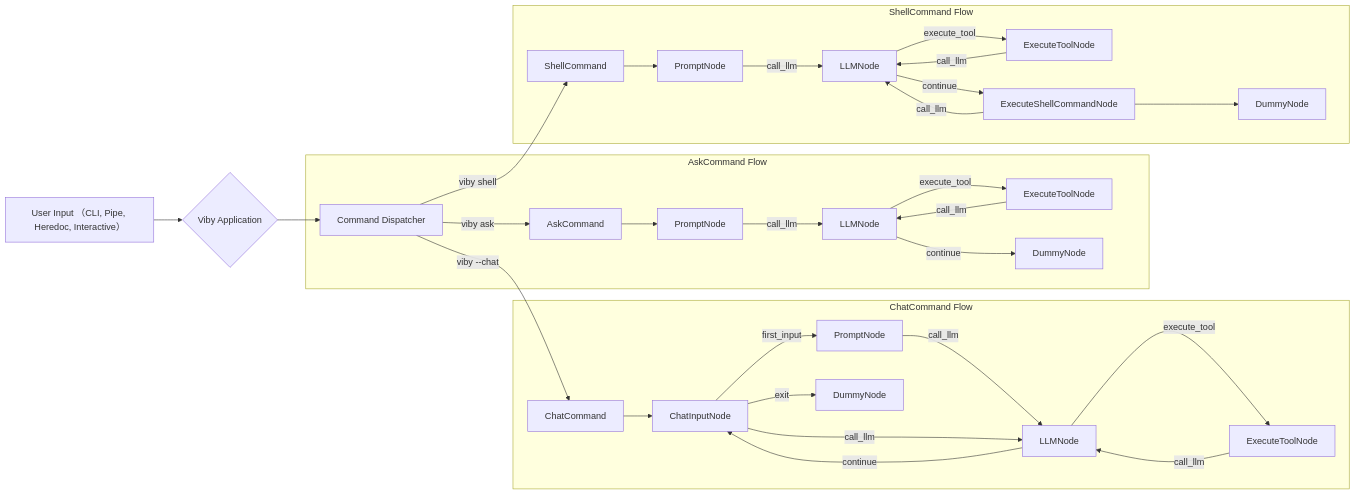
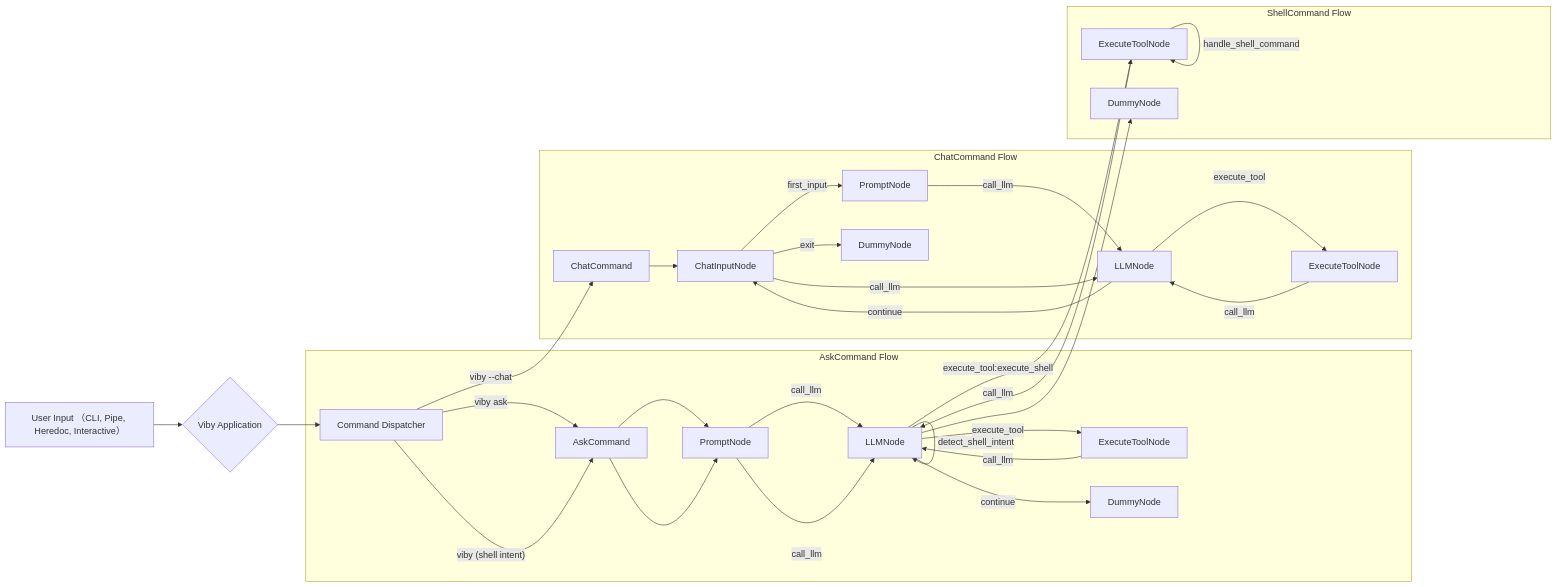
One commit to JohanLi233/viby changed the first of 3 diagrams in docs/viby_project_design.md. Above: the diagram before and after it, drawn with Mermaid. The commit also changed other lines of this file and 11 other files, not shown here.

````diff
--- a/docs/viby_project_design.md
+++ b/docs/viby_project_design.md
@@ -90,37 +90,37 @@
 ```mermaid
 flowchart LR
     UserInput[User Input （CLI, Pipe, Heredoc, Interactive）] --> InputProcessing{Viby Application}
     InputProcessing --> CommandParser[Command Dispatcher]
 
     subgraph AskCommand Flow
         CommandParser -- "viby ask" --> AskCmd[AskCommand]
         AskCmd --> PromptNode_Ask[PromptNode]
         PromptNode_Ask -- call_llm --> LLMNode_Ask[LLMNode]
         LLMNode_Ask -- execute_tool --> ExecuteToolNode_Ask[ExecuteToolNode]
         ExecuteToolNode_Ask -- call_llm --> LLMNode_Ask
         LLMNode_Ask -- continue --> DummyNode_Ask[DummyNode]
     end
 
     subgraph ChatCommand Flow
         CommandParser -- "viby --chat" --> ChatCmd[ChatCommand]
         ChatCmd --> ChatInputNode[ChatInputNode]
         ChatInputNode -- first_input --> PromptNode_Chat[PromptNode]
         PromptNode_Chat -- call_llm --> LLMNode_Chat[LLMNode]
         ChatInputNode -- call_llm --> LLMNode_Chat
         LLMNode_Chat -- execute_tool --> ExecuteToolNode_Chat[ExecuteToolNode]
         ExecuteToolNode_Chat -- call_llm --> LLMNode_Chat
         LLMNode_Chat -- continue --> ChatInputNode
         ChatInputNode -- exit --> DummyNode_Chat[DummyNode]
     end
 
     subgraph ShellCommand Flow
-        CommandParser -- "viby shell" --> ShellCmd[ShellCommand]
-        ShellCmd --> PromptNode_Shell[PromptNode]
-        PromptNode_Shell -- call_llm --> LLMNode_Shell[LLMNode]
-        LLMNode_Shell -- execute_tool --> ExecuteToolNode_Shell[ExecuteToolNode]
-        ExecuteToolNode_Shell -- call_llm --> LLMNode_Shell
-        LLMNode_Shell -- continue --> ExecuteShellCommandNode[ExecuteShellCommandNode]
-        ExecuteShellCommandNode -- call_llm --> LLMNode_Shell
-        ExecuteShellCommandNode --> DummyNode_Shell[DummyNode]
+        CommandParser -- "viby (shell intent)" --> AskCmd[AskCommand]
+        AskCmd --> PromptNode_Ask[PromptNode]
+        PromptNode_Ask -- call_llm --> LLMNode_Ask[LLMNode]
+        LLMNode_Ask -- detect_shell_intent --> LLMNode_Ask
+        LLMNode_Ask -- execute_tool:execute_shell --> ExecuteToolNode_Shell[ExecuteToolNode]
+        ExecuteToolNode_Shell -- handle_shell_command --> ExecuteToolNode_Shell
+        ExecuteToolNode_Shell -- call_llm --> LLMNode_Ask
+        LLMNode_Ask --> DummyNode_Shell[DummyNode]
     end
 ```
````
